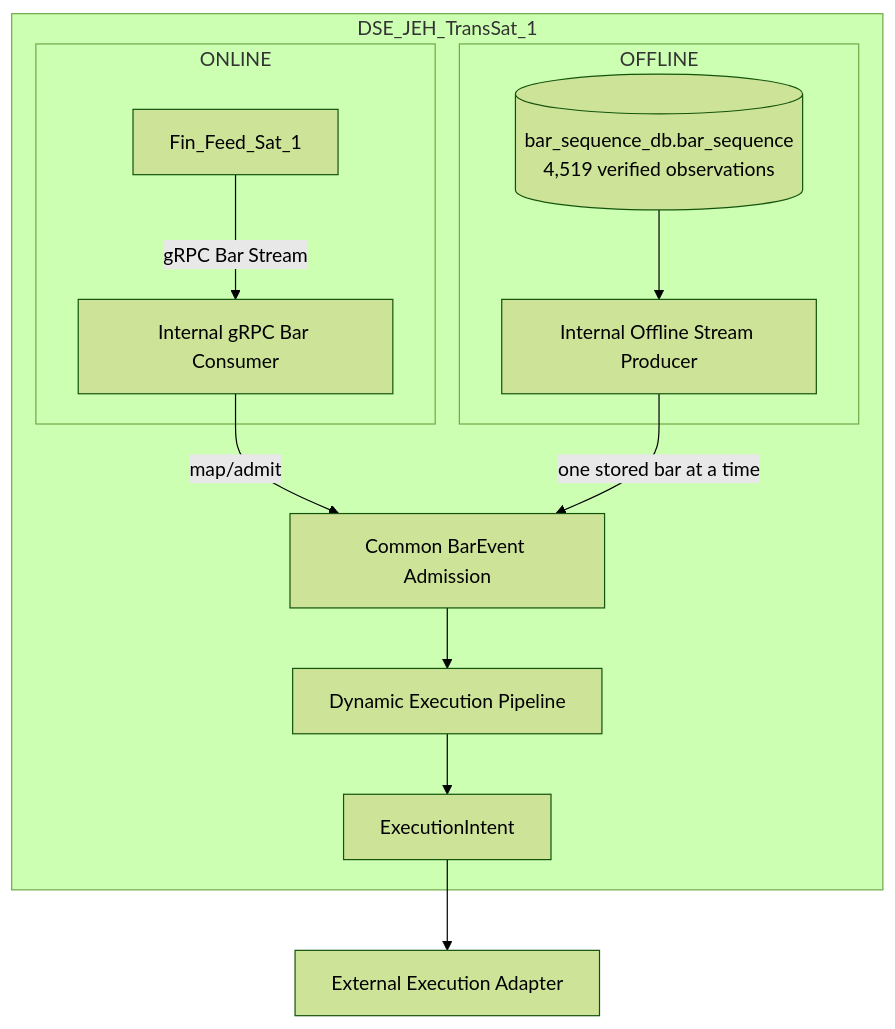
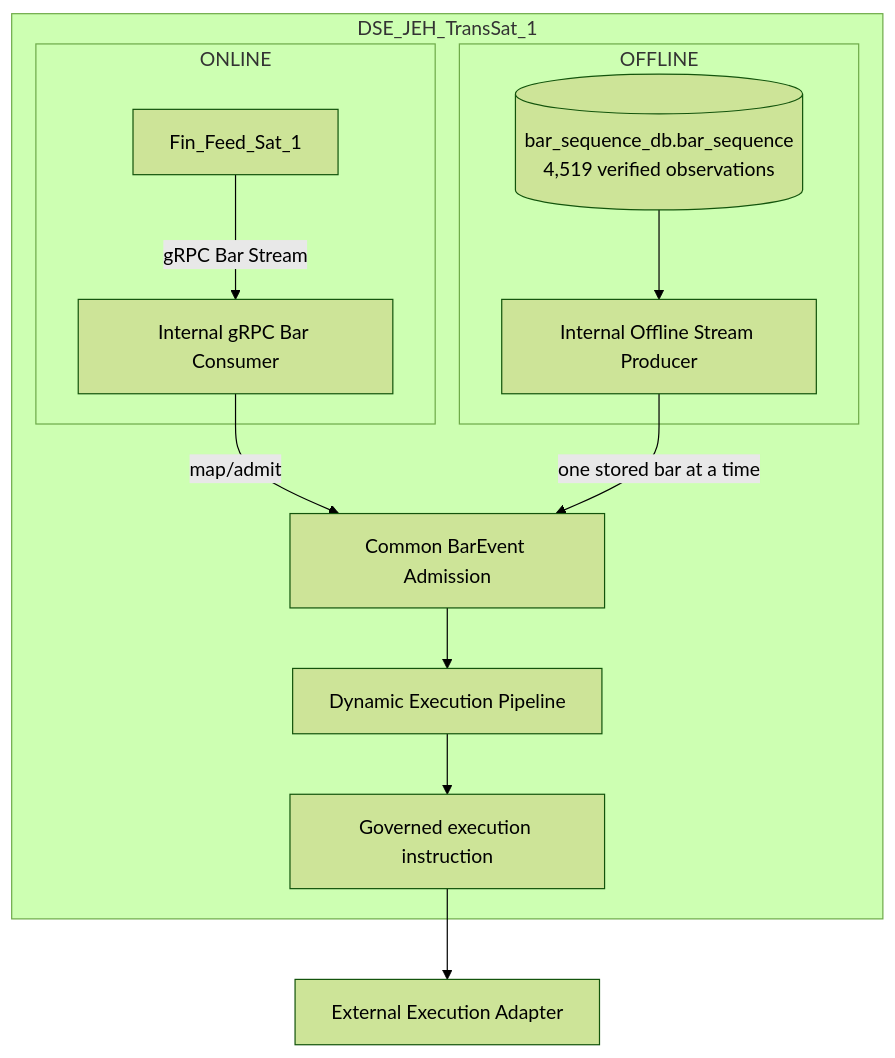
Before and after one commit to srao977/tramuthus: the first of 10 diagrams in DSE_JEH/docs/DSE_JEH_TRANS_SAT_1_SYSTEM_DESIGN_V0_1_091226.md, drawn with Mermaid (forest theme). The commit also changed other lines of this file and 31 other files, not shown here.

````diff
--- a/DSE_JEH/docs/DSE_JEH_TRANS_SAT_1_SYSTEM_DESIGN_V0_1_091226.md
+++ b/DSE_JEH/docs/DSE_JEH_TRANS_SAT_1_SYSTEM_DESIGN_V0_1_091226.md
@@ -79,23 +109,23 @@
 ```mermaid
 flowchart TD
   subgraph TS[DSE_JEH_TransSat_1]
     subgraph ON[ONLINE]
       FIN[Fin_Feed_Sat_1]
       GRPC[Internal gRPC Bar Consumer]
       FIN -->|gRPC Bar Stream| GRPC
     end
     subgraph OFF[OFFLINE]
       DB[(bar_sequence_db.bar_sequence<br/>4,519 verified observations)]
       PROD[Internal Offline Stream Producer]
       DB --> PROD
     end
     BAR[Common BarEvent Admission]
     DEP[Dynamic Execution Pipeline]
-    INTENT[ExecutionIntent]
+    INTENT[Governed execution instruction]
     GRPC -->|map/admit| BAR
     PROD -->|one stored bar at a time| BAR
     BAR --> DEP --> INTENT
   end
   EXT[External Execution Adapter]
   INTENT --> EXT
 ```
````
